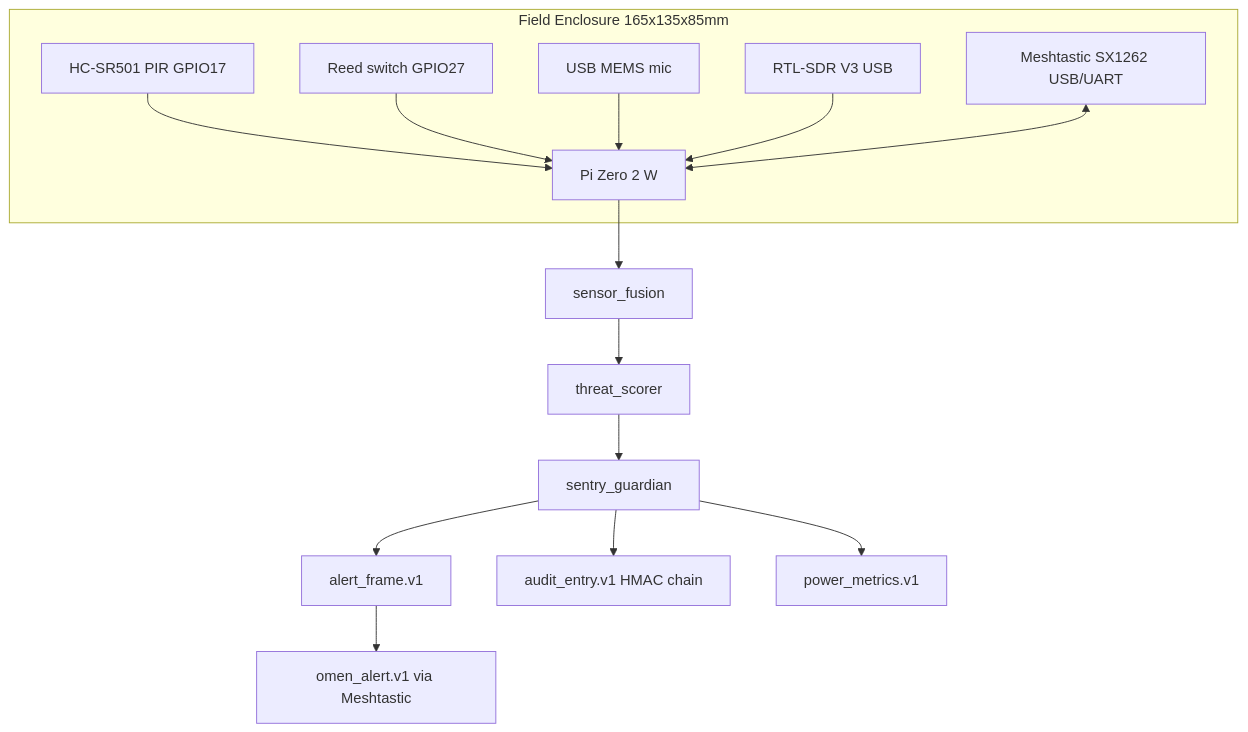
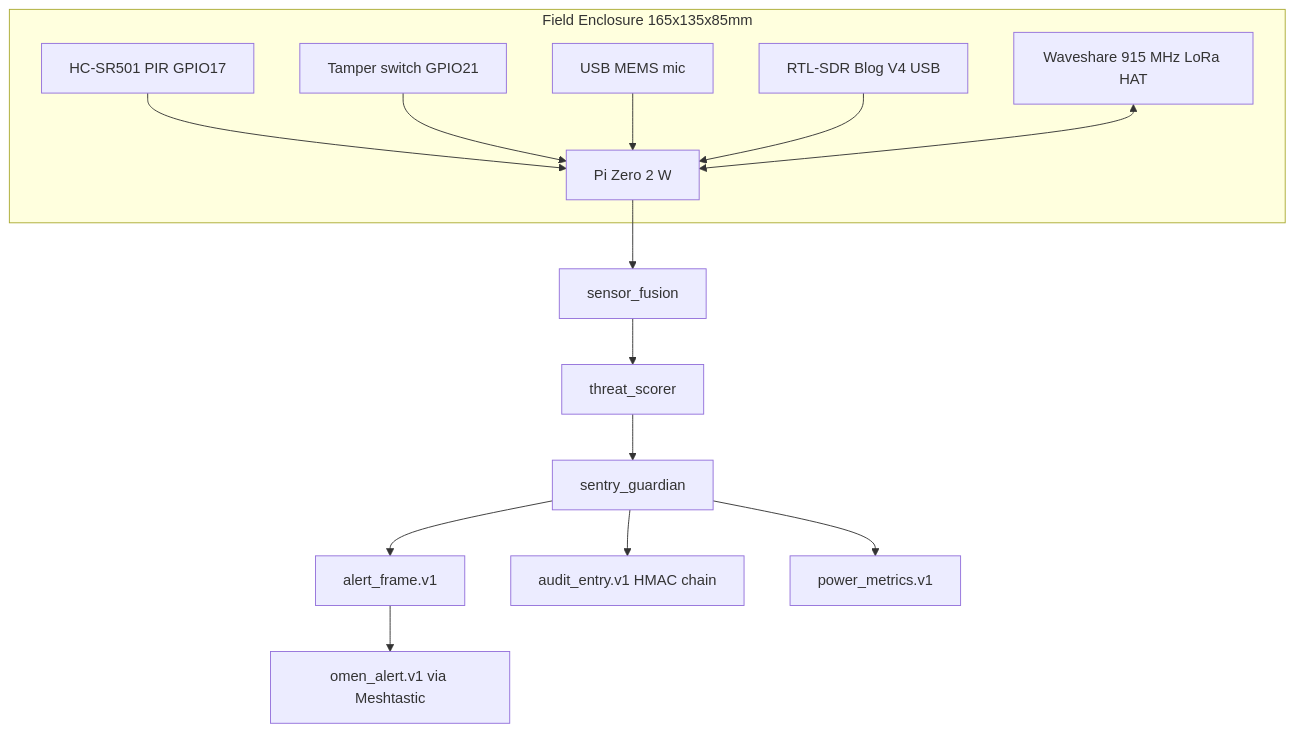
The diagram in docs/system_datasheet.md (Fratres-X-AI/SENTRY-Node-Mk-I), drawn with Mermaid before and after one commit. The commit also changed other lines of this file and 57 other files, not shown here.

````diff
--- a/docs/system_datasheet.md
+++ b/docs/system_datasheet.md
@@ -52,25 +52,25 @@
 ```mermaid
 flowchart TB
     subgraph enclosure [Field Enclosure 165x135x85mm]
         Pi[Pi Zero 2 W]
         PIR[HC-SR501 PIR GPIO17]
-        Tamper[Reed switch GPIO27]
+        Tamper[Tamper switch GPIO21]
         Mic[USB MEMS mic]
-        RTL[RTL-SDR V3 USB]
-        LoRa[Meshtastic SX1262 USB/UART]
+        RTL[RTL-SDR Blog V4 USB]
+        LoRa[Waveshare 915 MHz LoRa HAT]
     end
 
     PIR --> Pi
     Tamper --> Pi
     Mic --> Pi
     RTL --> Pi
     LoRa <--> Pi
 
     Pi --> Fusion[sensor_fusion]
     Fusion --> Score[threat_scorer]
     Score --> Guard[sentry_guardian]
     Guard --> Alert[alert_frame.v1]
     Guard --> Audit[audit_entry.v1 HMAC chain]
     Alert --> Mesh[omen_alert.v1 via Meshtastic]
     Guard --> PowerLog[power_metrics.v1]
 ```
````
